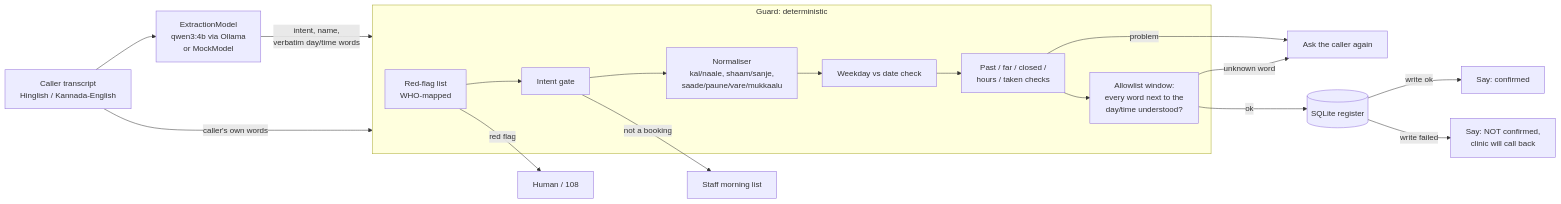
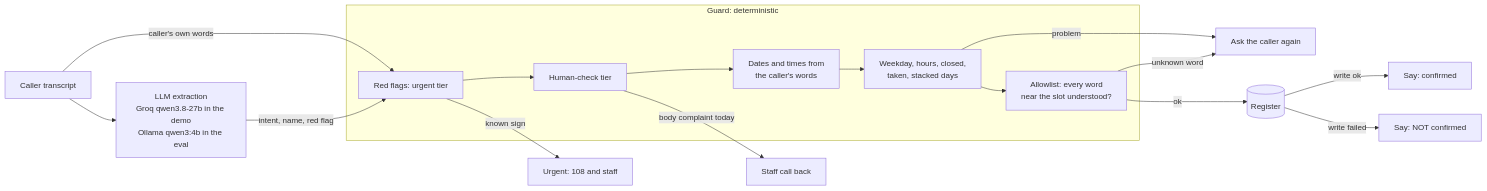
The diagram in README.md (Aarti-panchal01/indic-booking-guard), drawn with Mermaid before and after one commit. The commit also changed other lines of this file and 10 other files, not shown here.

Commit message:
Demo app (page, /api/check, input limit, per-IP rate limit, non-persistent /tmp register), Vercel config, README top section

````diff
--- a/README.md
+++ b/README.md
@@ -26,20 +13,19 @@
 ```mermaid
 flowchart LR
-    A[Caller transcript<br/>Hinglish / Kannada-English] --> M[ExtractionModel<br/>qwen3:4b via Ollama<br/>or MockModel]
-    M -->|intent, name,<br/>verbatim day/time words| G
-    A -->|caller's own words| G
+    A[Caller transcript] --> M[LLM extraction<br/>Groq qwen3.8-27b in the demo<br/>Ollama qwen3:4b in the eval]
+    A -->|caller's own words| R
+    M -->|intent, name, red flag| R
     subgraph G[Guard: deterministic]
-      R[Red-flag list<br/>WHO-mapped] --> I[Intent gate]
-      I --> N[Normaliser<br/>kal/naale, shaam/sanje,<br/>saade/paune/vare/mukkaalu]
-      N --> W[Weekday vs date check]
-      W --> C[Past / far / closed /<br/>hours / taken checks]
-      C --> AW[Allowlist window:<br/>every word next to the<br/>day/time understood?]
+      R[Red flags: urgent tier] --> HC[Human-check tier]
+      HC --> D[Dates and times from<br/>the caller's words]
+      D --> C[Weekday, hours, closed,<br/>taken, stacked days]
+      C --> AW[Allowlist: every word<br/>near the slot understood?]
     end
-    R -->|red flag| H1[Human / 108]
-    I -->|not a booking| H2[Staff morning list]
+    R -->|known sign| U[Urgent: 108 and staff]
+    HC -->|body complaint today| S[Staff call back]
     C -->|problem| Q[Ask the caller again]
     AW -->|unknown word| Q
-    AW -->|ok| DB[(SQLite register)]
+    AW -->|ok| DB[(Register)]
     DB -->|write ok| OK[Say: confirmed]
-    DB -->|write failed| NC[Say: NOT confirmed,<br/>clinic will call back]
+    DB -->|write failed| NC[Say: NOT confirmed]
 ```
````
